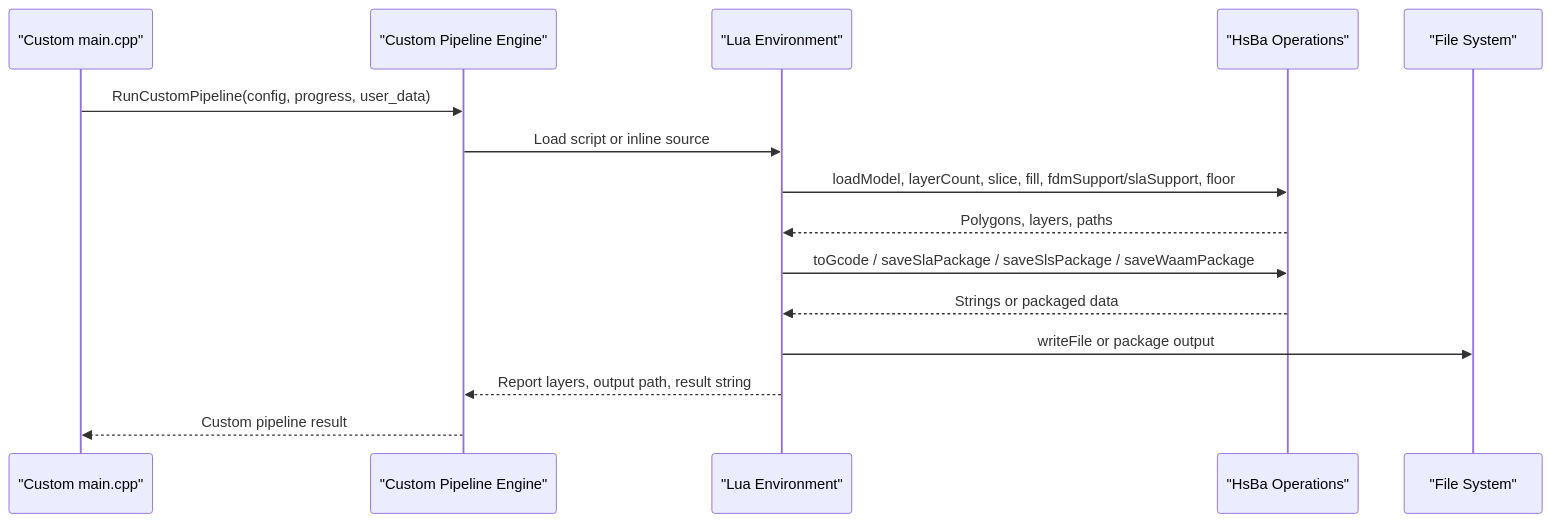
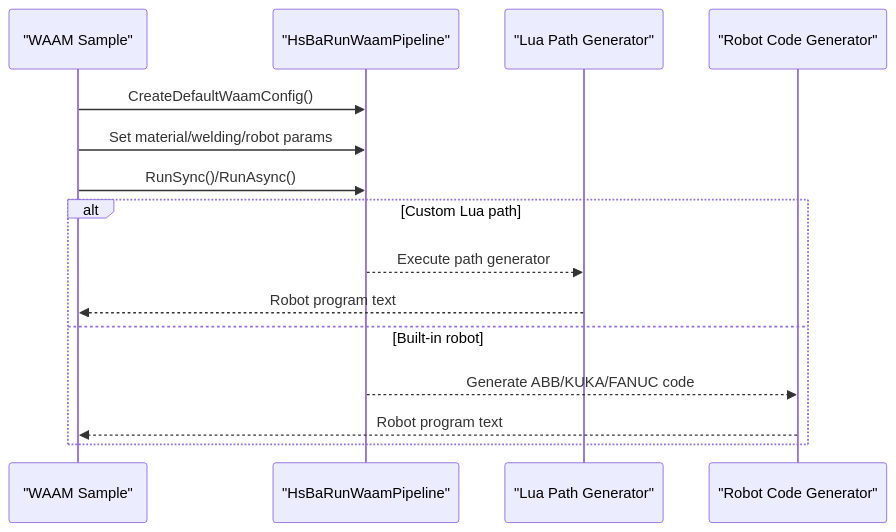
The ninth of 12 diagrams in .qoder/repowiki/en/content/Examples & Samples/Examples & Samples.md (hsmbanlance/HsBaSlicer), drawn with Mermaid before and after one commit. The commit also changed other lines of this file and 1095 other files, not shown here.

````diff
--- a/.qoder/repowiki/en/content/Examples & Samples/Examples & Samples.md
+++ b/.qoder/repowiki/en/content/Examples & Samples/Examples & Samples.md
@@ -439,17 +425,17 @@
 ```mermaid
 sequenceDiagram
-participant Host as "Custom main.cpp"
-participant Engine as "Custom Pipeline Engine"
-participant LuaEnv as "Lua Environment"
-participant Ops as "HsBa Operations"
-participant FileSys as "File System"
-Host->>Engine : RunCustomPipeline(config, progress, user_data)
-Engine->>LuaEnv : Load script or inline source
-LuaEnv->>Ops : loadModel, layerCount, slice, fill, fdmSupport/slaSupport, floor
-Ops-->>LuaEnv : Polygons, layers, paths
-LuaEnv->>Ops : toGcode / saveSlaPackage / saveSlsPackage / saveWaamPackage
-Ops-->>LuaEnv : Strings or packaged data
-LuaEnv->>FileSys : writeFile or package output
-LuaEnv-->>Engine : Report layers, output path, result string
-Engine-->>Host : Custom pipeline result
+participant App as "WAAM Sample"
+participant API as "HsBaRunWaamPipeline"
+participant Lua as "Lua Path Generator"
+participant Robot as "Robot Code Generator"
+App->>API : CreateDefaultWaamConfig()
+App->>API : Set material/welding/robot params
+App->>API : RunSync()/RunAsync()
+alt Custom Lua path
+API-->>Lua : Execute path generator
+Lua-->>App : Robot program text
+else Built-in robot
+API-->>Robot : Generate ABB/KUKA/FANUC code
+Robot-->>App : Robot program text
+end
 ```
````
